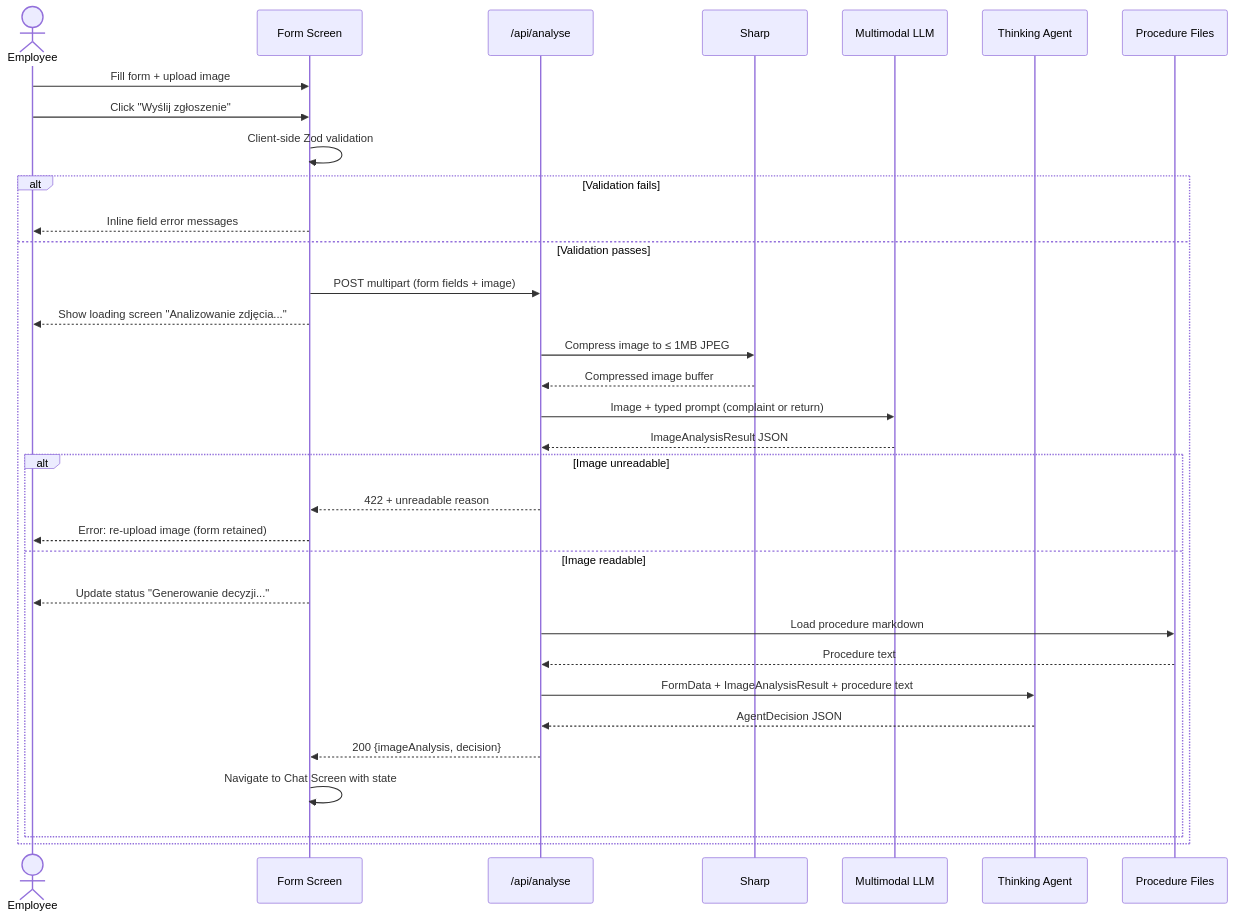
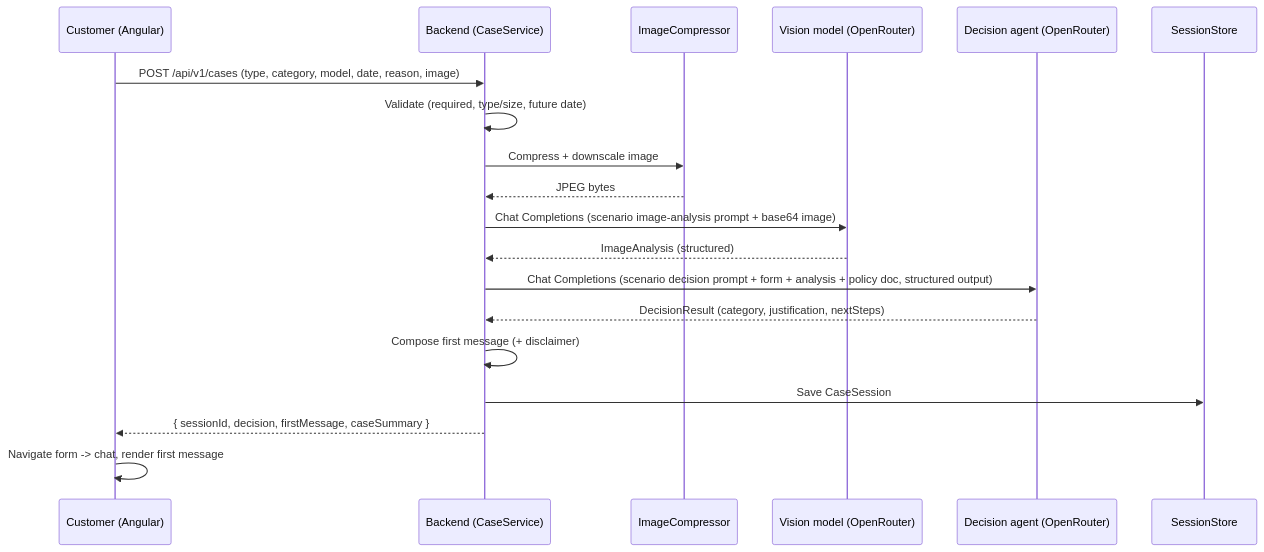
One commit to dabrowski33/AI-Programming-Course-25-06-2026_LAST_02 changed the third of 5 diagrams in docs/ADR/000-main-architecture.md. Above: the diagram before and after it, drawn with Mermaid. The commit also changed other lines of this file and 84 other files, not shown here.

````diff
--- a/docs/ADR/000-main-architecture.md
+++ b/docs/ADR/000-main-architecture.md
@@ -342,36 +296,21 @@
 ```mermaid
 sequenceDiagram
-    actor E as Employee
-    participant F as Form Screen
-    participant API as /api/analyse
-    participant Sharp
-    participant MML as Multimodal LLM
-    participant Agent as Thinking Agent
-    participant FS as Procedure Files
-
-    E->>F: Fill form + upload image
-    E->>F: Click "Wyślij zgłoszenie"
-    F->>F: Client-side Zod validation
-    alt Validation fails
-        F-->>E: Inline field error messages
-    else Validation passes
-        F->>API: POST multipart (form fields + image)
-        F-->>E: Show loading screen "Analizowanie zdjęcia..."
-        API->>Sharp: Compress image to ≤ 1MB JPEG
-        Sharp-->>API: Compressed image buffer
-        API->>MML: Image + typed prompt (complaint or return)
-        MML-->>API: ImageAnalysisResult JSON
-        alt Image unreadable
-            API-->>F: 422 + unreadable reason
-            F-->>E: Error: re-upload image (form retained)
-        else Image readable
-            F-->>E: Update status "Generowanie decyzji..."
-            API->>FS: Load procedure markdown
-            FS-->>API: Procedure text
-            API->>Agent: FormData + ImageAnalysisResult + procedure text
-            Agent-->>API: AgentDecision JSON
-            API-->>F: 200 {imageAnalysis, decision}
-            F->>F: Navigate to Chat Screen with state
-        end
-    end
+    participant U as Customer (Angular)
+    participant B as Backend (CaseService)
+    participant I as ImageCompressor
+    participant V as Vision model (OpenRouter)
+    participant D as Decision agent (OpenRouter)
+    participant S as SessionStore
+    U->>B: POST /api/v1/cases (type, category, model, date, reason, image)
+    B->>B: Validate (required, type/size, future date)
+    B->>I: Compress + downscale image
+    I-->>B: JPEG bytes
+    B->>V: Chat Completions (scenario image-analysis prompt + base64 image)
+    V-->>B: ImageAnalysis (structured)
+    B->>D: Chat Completions (scenario decision prompt + form + analysis + policy doc, structured output)
+    D-->>B: DecisionResult (category, justification, nextSteps)
+    B->>B: Compose first message (+ disclaimer)
+    B->>S: Save CaseSession
+    B-->>U: { sessionId, decision, firstMessage, caseSummary }
+    U->>U: Navigate form -> chat, render first message
 ```
````
